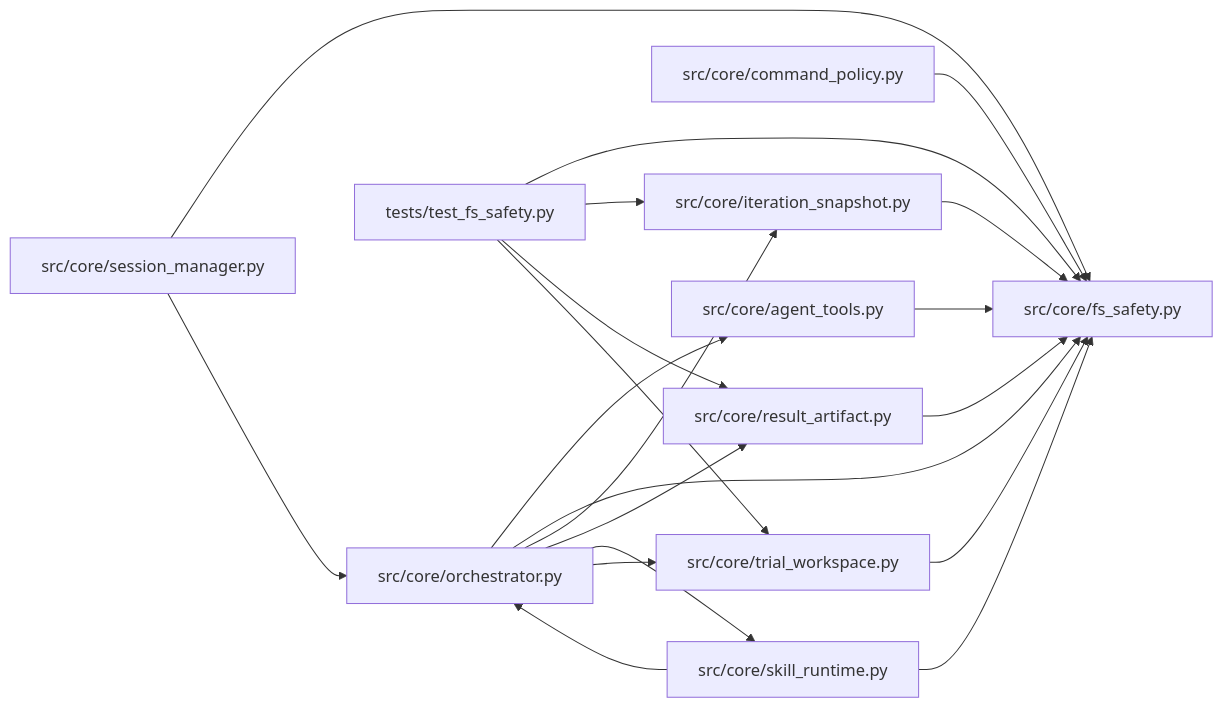
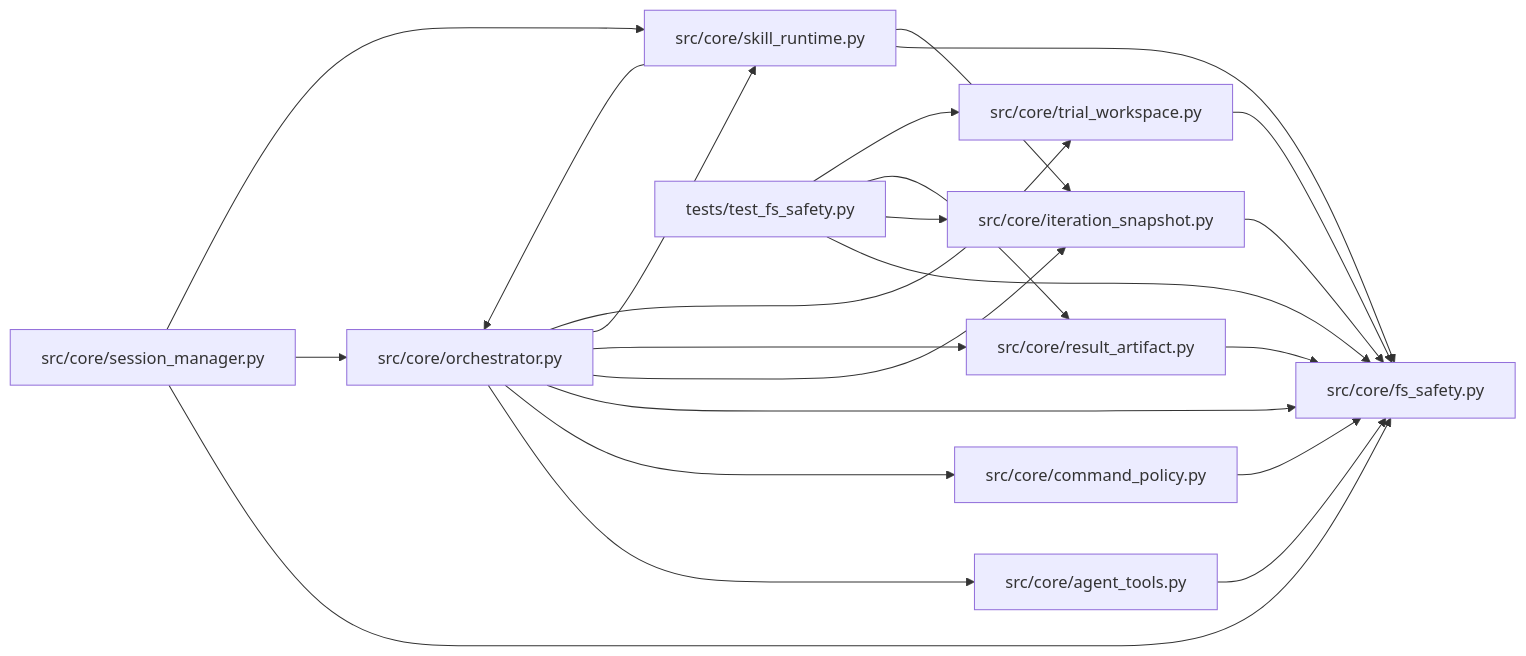
One commit to Denissvgn/autoresearch-agent changed the diagram in docs/llm_wiki/modules/fs_safety.md. Above: the diagram before and after it, drawn with Mermaid. The commit also changed 1033 other files, not shown here.

````diff
--- a/docs/llm_wiki/modules/fs_safety.md
+++ b/docs/llm_wiki/modules/fs_safety.md
@@ -52,42 +52,45 @@
 ```mermaid
 flowchart LR
     n0["src/core/agent_tools.py"]
     n1["src/core/command_policy.py"]
     n2["src/core/fs_safety.py"]
     n3["src/core/iteration_snapshot.py"]
     n4["src/core/orchestrator.py"]
     n5["src/core/result_artifact.py"]
     n6["src/core/session_manager.py"]
     n7["src/core/skill_runtime.py"]
     n8["src/core/trial_workspace.py"]
     n9["tests/test_fs_safety.py"]
     n0 --> n2
     n1 --> n2
     n3 --> n2
     n4 --> n0
+    n4 --> n1
     n4 --> n2
     n4 --> n3
     n4 --> n5
     n4 --> n7
     n4 --> n8
     n5 --> n2
     n6 --> n2
     n6 --> n4
+    n6 --> n7
     n7 --> n2
+    n7 --> n3
     n7 --> n4
     n8 --> n2
     n9 --> n2
     n9 --> n3
     n9 --> n5
     n9 --> n8
     click n0 "../modules/agent_tools.md"
     click n1 "../modules/command_policy.md"
     click n2 "../modules/fs_safety.md"
     click n3 "../modules/iteration_snapshot.md"
     click n4 "../modules/orchestrator.md"
     click n5 "../modules/result_artifact.md"
     click n6 "../modules/session_manager.md"
     click n7 "../modules/skill_runtime.md"
     click n8 "../modules/trial_workspace.md"
     click n9 "../modules/test_fs_safety.md"
 ```
````
